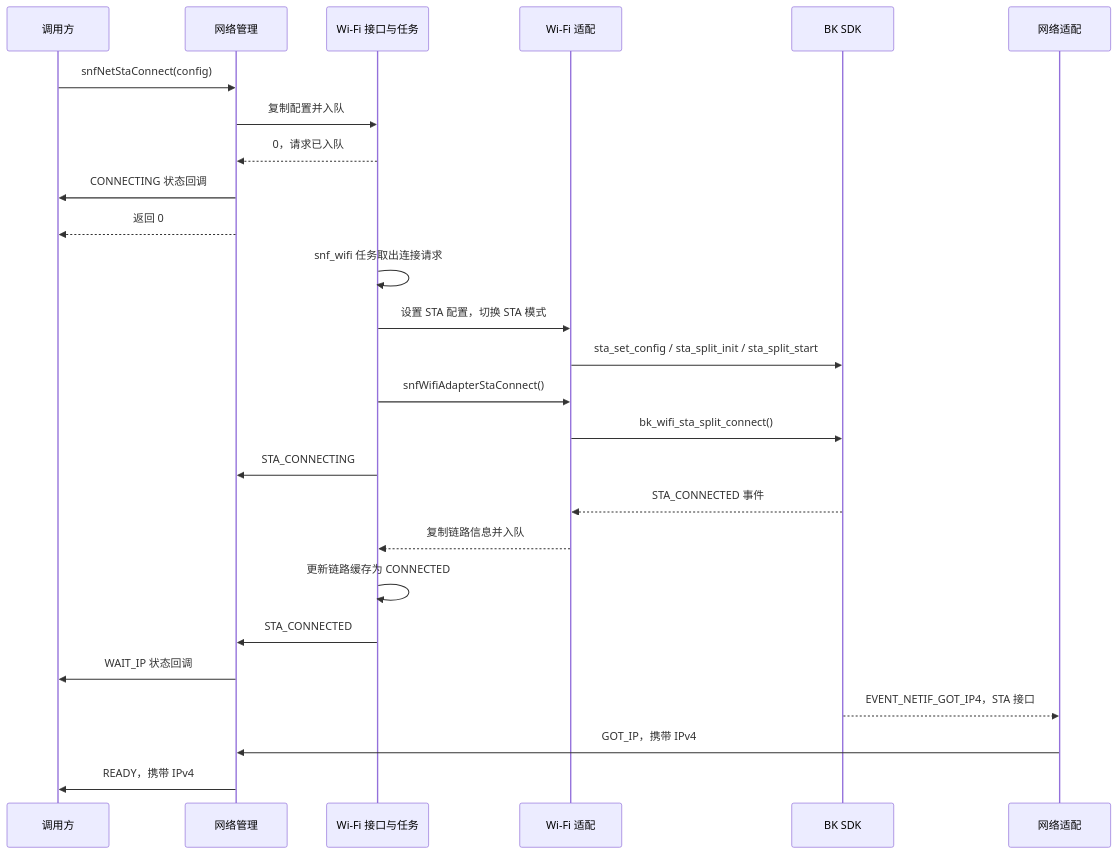
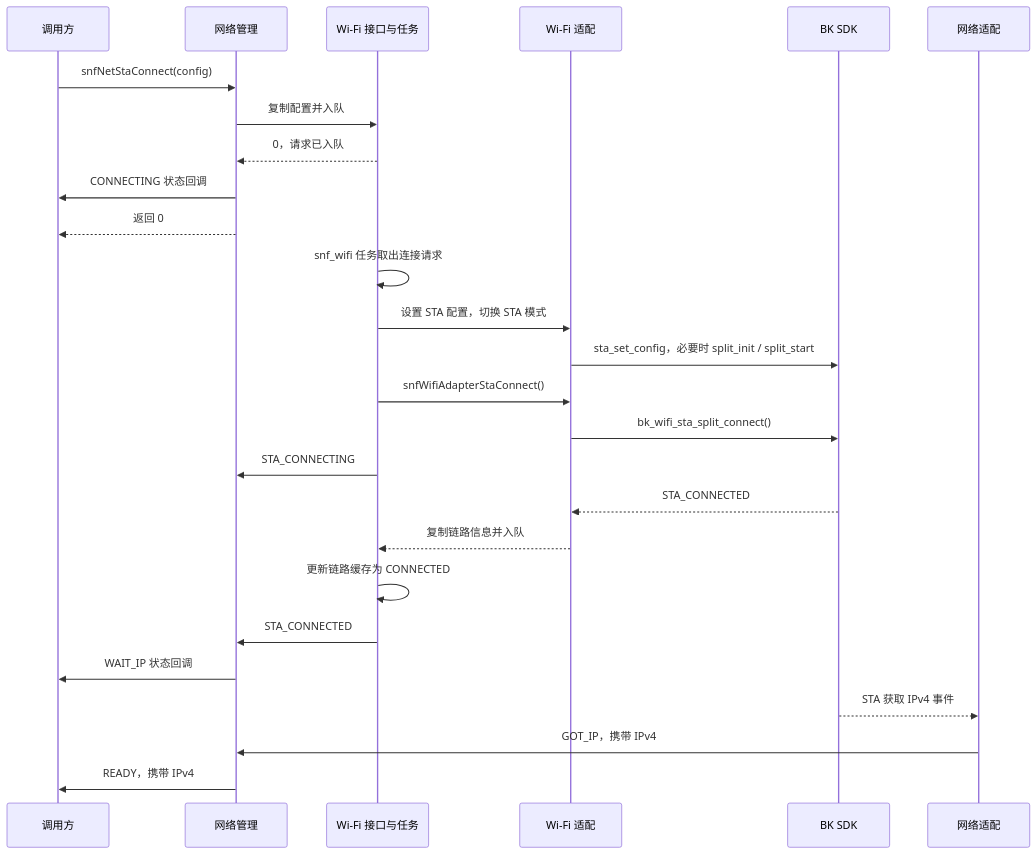
The second of 3 diagrams in docs/network_wifi.md (dragonxiaoex/bk7239), drawn with Mermaid before and after one commit. The commit also changed other lines of this file and 13 other files, not shown here.

````diff
--- a/docs/network_wifi.md
+++ b/docs/network_wifi.md
@@ -97,28 +105,28 @@
 ```mermaid
 sequenceDiagram
     participant app as 调用方
     participant net as 网络管理
     participant wifi as Wi-Fi 接口与任务
     participant port as Wi-Fi 适配
     participant sdk as BK SDK
     participant ip as 网络适配
     app->>net: snfNetStaConnect(config)
     net->>wifi: 复制配置并入队
     wifi-->>net: 0，请求已入队
     net->>app: CONNECTING 状态回调
     net-->>app: 返回 0
     wifi->>wifi: snf_wifi 任务取出连接请求
     wifi->>port: 设置 STA 配置，切换 STA 模式
-    port->>sdk: sta_set_config / sta_split_init / sta_split_start
+    port->>sdk: sta_set_config，必要时 split_init / split_start
     wifi->>port: snfWifiAdapterStaConnect()
     port->>sdk: bk_wifi_sta_split_connect()
     wifi->>net: STA_CONNECTING
-    sdk-->>port: STA_CONNECTED 事件
+    sdk-->>port: STA_CONNECTED
     port-->>wifi: 复制链路信息并入队
     wifi->>wifi: 更新链路缓存为 CONNECTED
     wifi->>net: STA_CONNECTED
     net->>app: WAIT_IP 状态回调
-    sdk-->>ip: EVENT_NETIF_GOT_IP4，STA 接口
+    sdk-->>ip: STA 获取 IPv4 事件
     ip->>net: GOT_IP，携带 IPv4
     net->>app: READY，携带 IPv4
 ```
````
